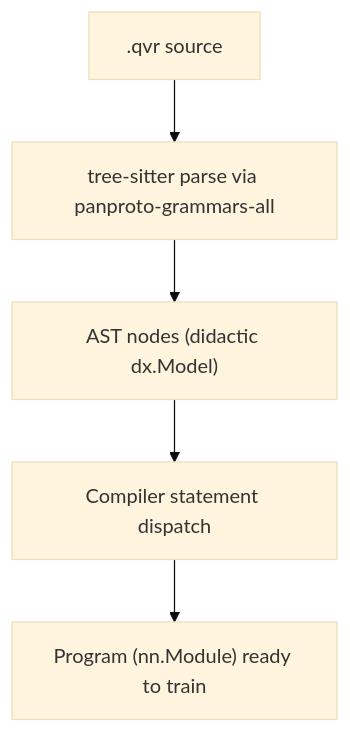
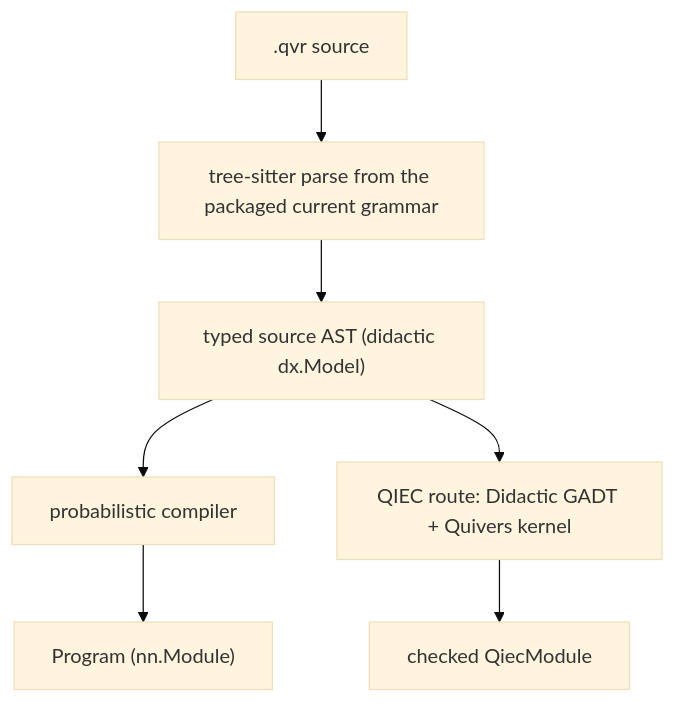
The diagram in docs/guides/dsl-overview.md (FACTSlab/quivers), drawn with Mermaid (base theme) before and after one commit. The commit also changed other lines of this file and 516 other files, not shown here.

First line of the commit message:
feat(qvr): one checked core for indexed effects, programs, and every target (#59)

````diff
--- a/docs/guides/dsl-overview.md
+++ b/docs/guides/dsl-overview.md
@@ -65,9 +65,13 @@
 ```mermaid
 flowchart TB
     SRC[".qvr source"]
-    PARSE["tree-sitter parse via panproto-grammars-all"]
-    AST["AST nodes (didactic dx.Model)"]
-    COMPILER["Compiler statement dispatch"]
-    PROG["Program (nn.Module) ready to train"]
-    SRC --> PARSE --> AST --> COMPILER --> PROG
+    PARSE["tree-sitter parse from the packaged current grammar"]
+    AST["typed source AST (didactic dx.Model)"]
+    OLD["probabilistic compiler"]
+    QIEC["QIEC route: Didactic GADT + Quivers kernel"]
+    PROG["Program (nn.Module)"]
+    CORE["checked QiecModule"]
+    SRC --> PARSE --> AST
+    AST --> OLD --> PROG
+    AST --> QIEC --> CORE
 ```
````
